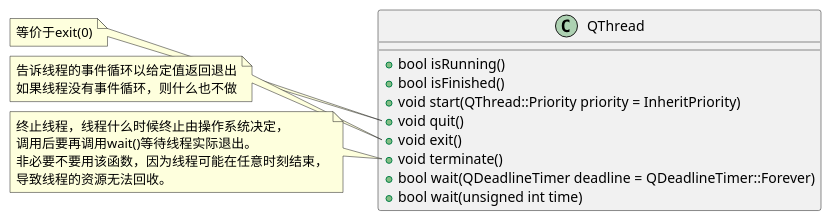
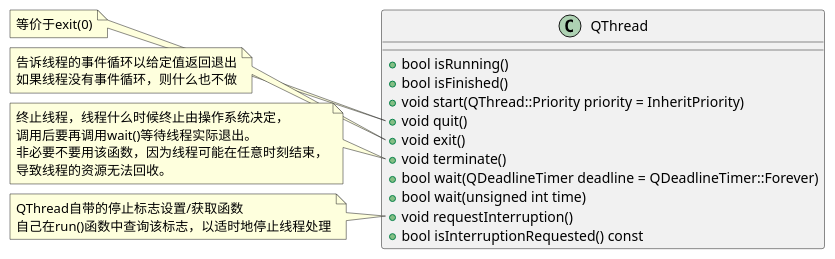
The first of 2 diagrams in Qt.md (ShimpleJeaf/Note), drawn with PlantUML before and after one commit. The commit also changed other lines of this file and 3 other files, not shown here.

````diff
--- a/Qt.md
+++ b/Qt.md
@@ -263,30 +263,35 @@
 ```plantuml
 @startuml
 class QThread
 {
     +bool isRunning()
     +bool isFinished()
     +void start(QThread::Priority priority = InheritPriority)
     +void quit()
     +void exit()
     +void terminate()
     +bool wait(QDeadlineTimer deadline = QDeadlineTimer::Forever)
     +bool wait(unsigned int time)
+    +void requestInterruption()
+    +bool isInterruptionRequested() const
 }
 note left of QThread::quit
 等价于exit(0)
 end note
 note left of QThread::exit
 告诉线程的事件循环以给定值返回退出
 如果线程没有事件循环，则什么也不做
 end note
 note left of QThread::terminate
 终止线程，线程什么时候终止由操作系统决定，
 调用后要再调用wait()等待线程实际退出。
 非必要不要用该函数，因为线程可能在任意时刻结束，
 导致线程的资源无法回收。
 end note
-
+note left of QThread::requestInterruption
+QThread自带的停止标志设置/获取函数
+自己在run()函数中查询该标志，以适时地停止线程处理
+end note
 
 @enduml
 ```
````
